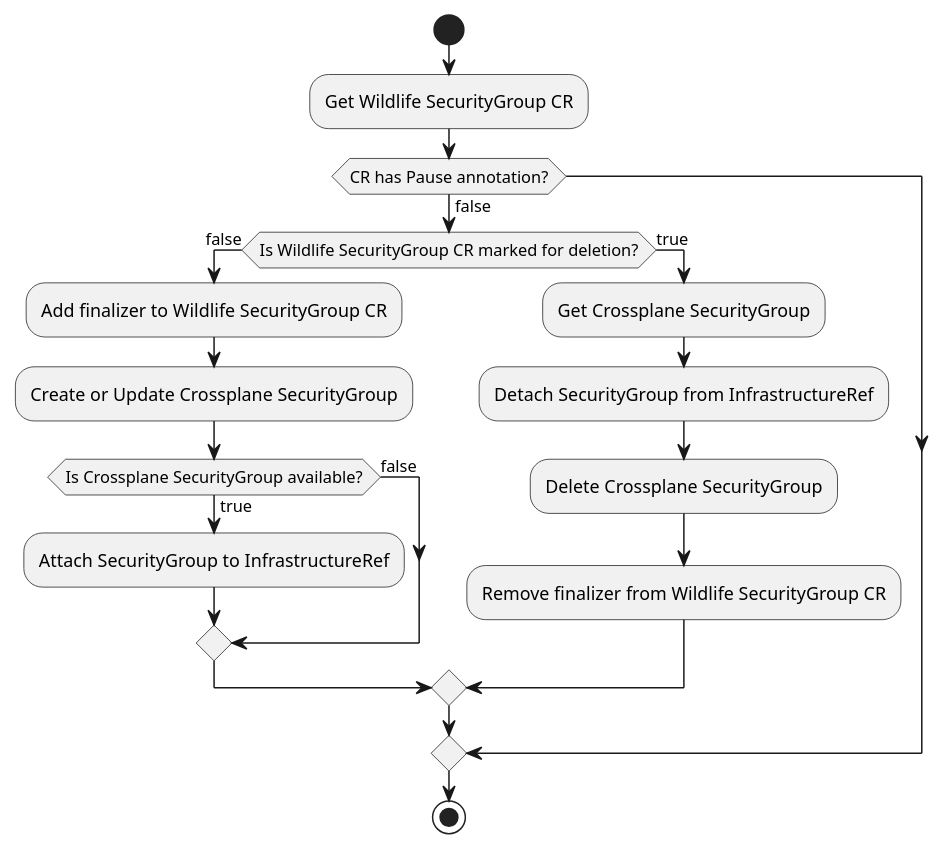
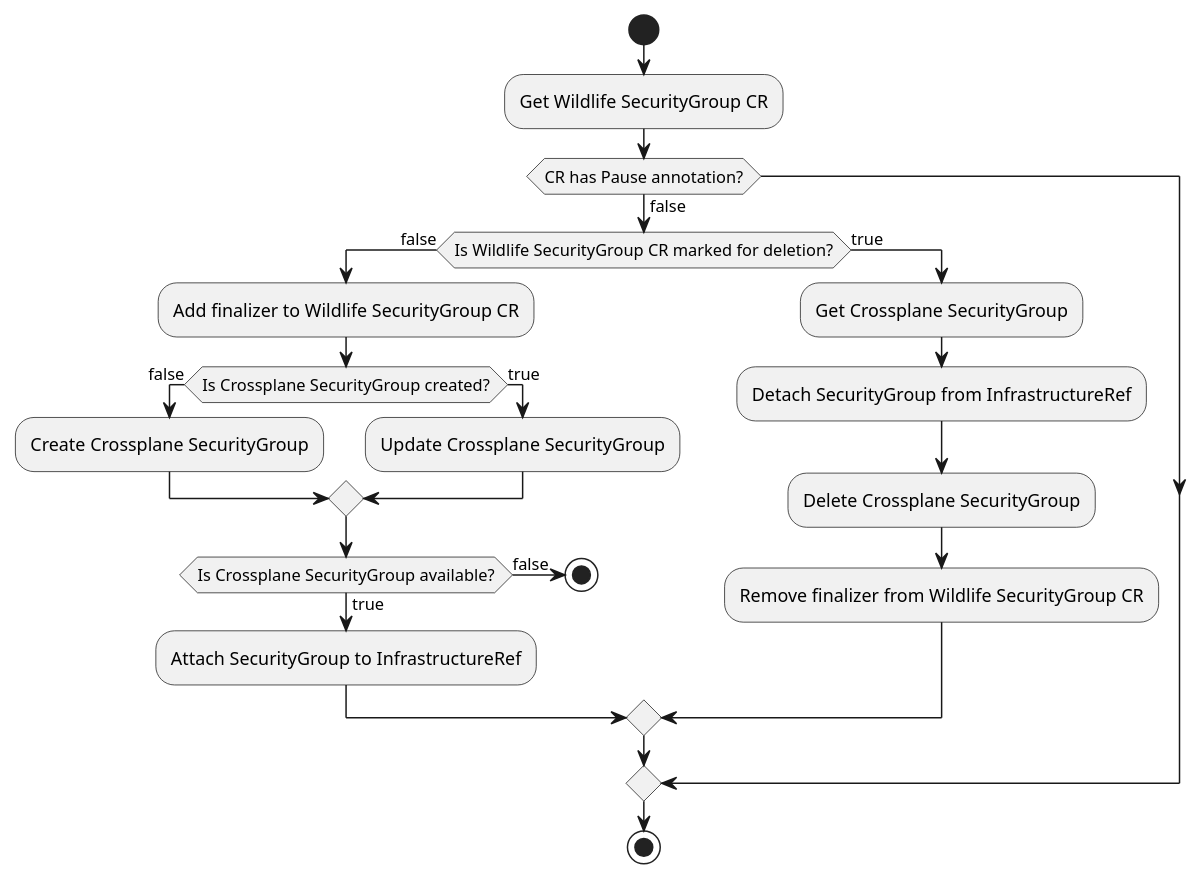
The diagram in docs/security-group/sg-controller.puml (topfreegames/kubernetes-crossplane-infrastructure-operator), drawn with PlantUML before and after one commit. The commit also changed 6 other files, not shown here.

```diff
--- a/docs/security-group/sg-controller.puml
+++ b/docs/security-group/sg-controller.puml
@@ -1,21 +1,26 @@
 @startuml sg-controller
 start
 :Get Wildlife SecurityGroup CR;
 if (CR has Pause annotation?) is (false) then
     if (Is Wildlife SecurityGroup CR marked for deletion?) is (false) then
         :Add finalizer to Wildlife SecurityGroup CR;
-        :Create or Update Crossplane SecurityGroup;
+        if (Is Crossplane SecurityGroup created?) is (false) then
+        :Create Crossplane SecurityGroup;
+        else (true)
+        :Update Crossplane SecurityGroup;
+        endif
         if (Is Crossplane SecurityGroup available?) is (true) then
             :Attach SecurityGroup to InfrastructureRef;
         else (false)
+            stop
         endif
     else (true)
         :Get Crossplane SecurityGroup;
         :Detach SecurityGroup from InfrastructureRef;
         :Delete Crossplane SecurityGroup;
         :Remove finalizer from Wildlife SecurityGroup CR;
     endif
 else
 endif
 stop
 @enduml
```
